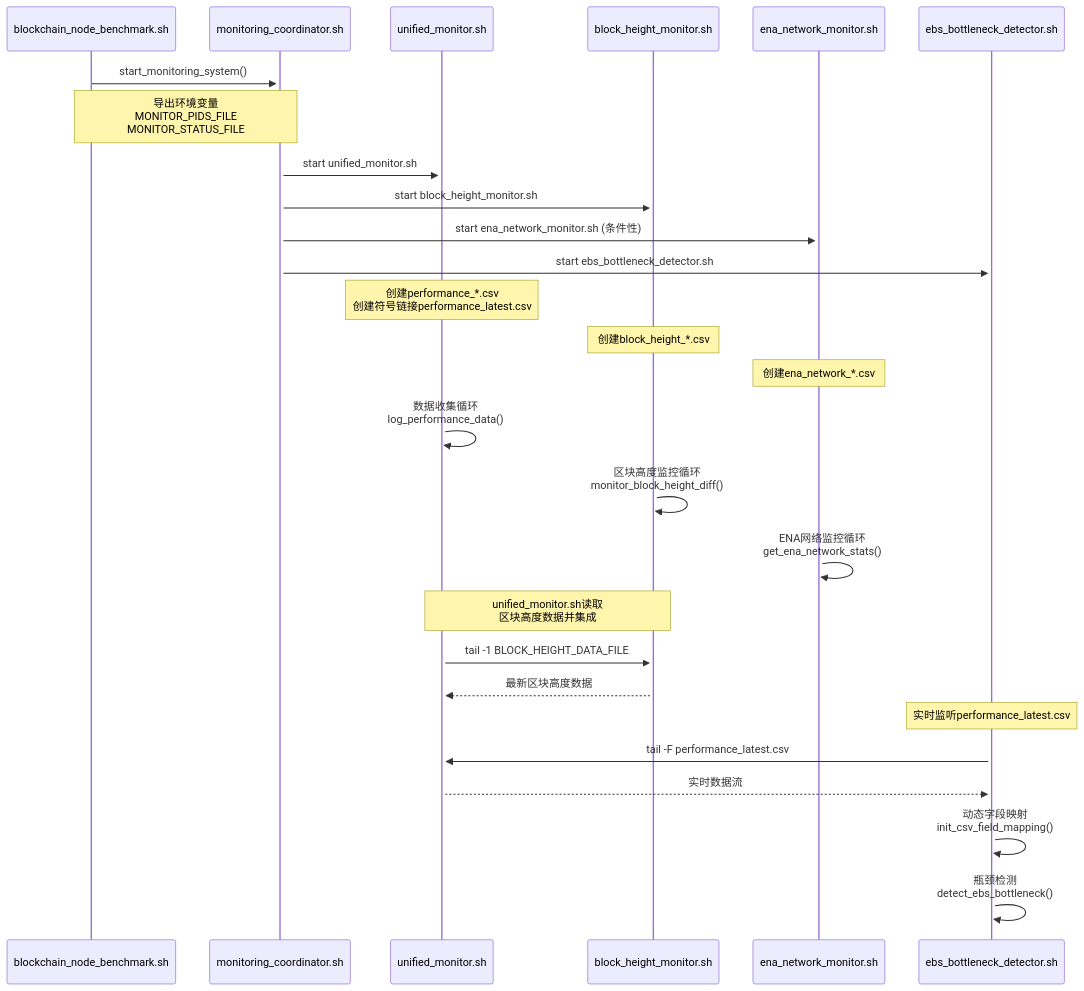
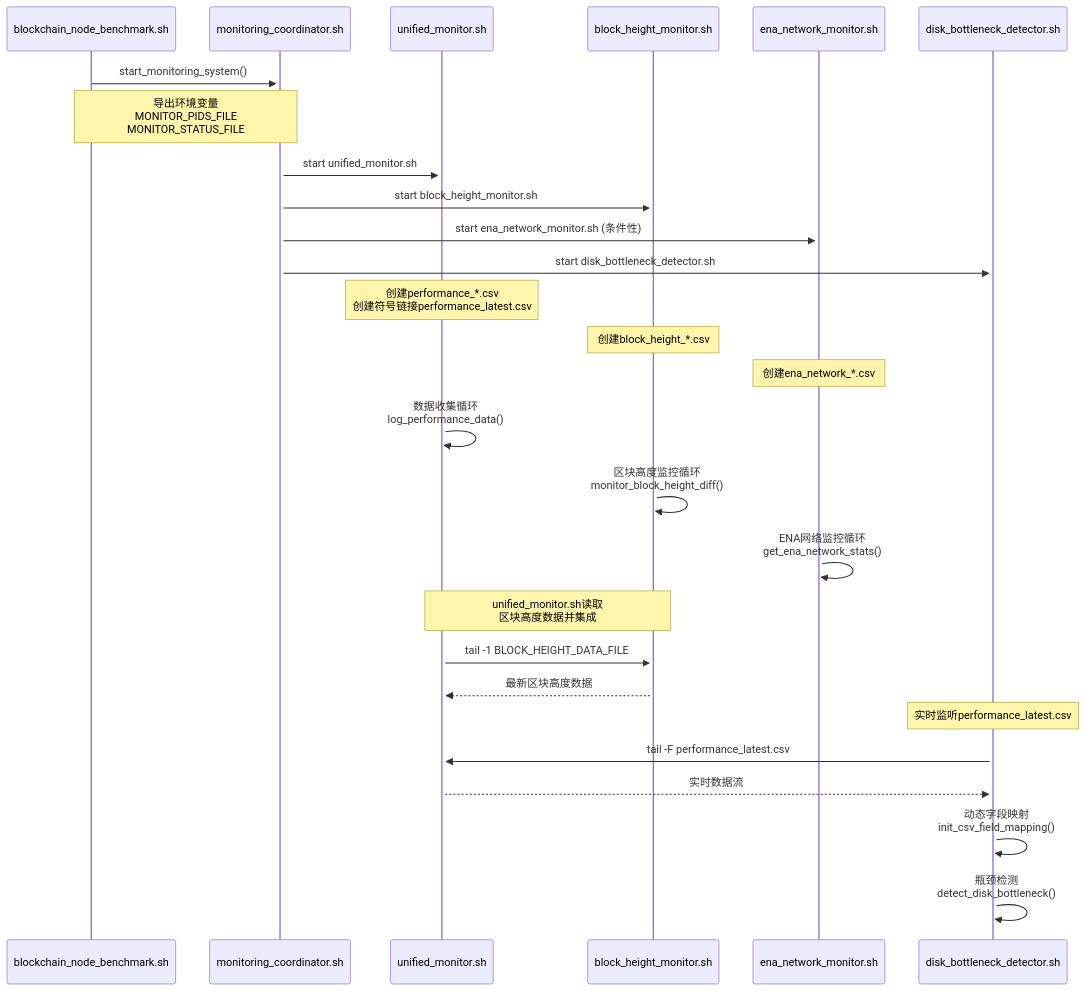
The fourth of 6 diagrams in docs/data-architecture-zh.md (StayHungryStayFoolish/blockchain-node-benchmark), drawn with Mermaid before and after one commit. The commit also changed other lines of this file and 77 other files, not shown here.

````diff
--- a/docs/data-architecture-zh.md
+++ b/docs/data-architecture-zh.md
@@ -112,36 +112,36 @@
 ```mermaid
 sequenceDiagram
     participant Main as blockchain_node_benchmark.sh
     participant Coord as monitoring_coordinator.sh
     participant Unified as unified_monitor.sh
     participant Block as block_height_monitor.sh
     participant ENA as ena_network_monitor.sh
-    participant EBS as ebs_bottleneck_detector.sh
+    participant Disk as disk_bottleneck_detector.sh
     
     Main->>+Coord: start_monitoring_system()
     Note over Main,Coord: 导出环境变量<br/>MONITOR_PIDS_FILE<br/>MONITOR_STATUS_FILE
     
     Coord->>+Unified: start unified_monitor.sh
     Coord->>+Block: start block_height_monitor.sh
     Coord->>+ENA: start ena_network_monitor.sh (条件性)
-    Coord->>+EBS: start ebs_bottleneck_detector.sh
+    Coord->>+Disk: start disk_bottleneck_detector.sh
     
     Note over Unified: 创建performance_*.csv<br/>创建符号链接performance_latest.csv
     Note over Block: 创建block_height_*.csv
     Note over ENA: 创建ena_network_*.csv
     
     Unified->>Unified: 数据收集循环<br/>log_performance_data()
     Block->>Block: 区块高度监控循环<br/>monitor_block_height_diff()
     ENA->>ENA: ENA网络监控循环<br/>get_ena_network_stats()
     
     Note over Unified,Block: unified_monitor.sh读取<br/>区块高度数据并集成
     Unified->>Block: tail -1 BLOCK_HEIGHT_DATA_FILE
     Block-->>Unified: 最新区块高度数据
     
-    Note over EBS: 实时监听performance_latest.csv
-    EBS->>Unified: tail -F performance_latest.csv
-    Unified-->>EBS: 实时数据流
+    Note over Disk: 实时监听performance_latest.csv
+    Disk->>Unified: tail -F performance_latest.csv
+    Unified-->>Disk: 实时数据流
     
-    EBS->>EBS: 动态字段映射<br/>init_csv_field_mapping()
-    EBS->>EBS: 瓶颈检测<br/>detect_ebs_bottleneck()
+    Disk->>Disk: 动态字段映射<br/>init_csv_field_mapping()
+    Disk->>Disk: 瓶颈检测<br/>detect_disk_bottleneck()
 ```
````
